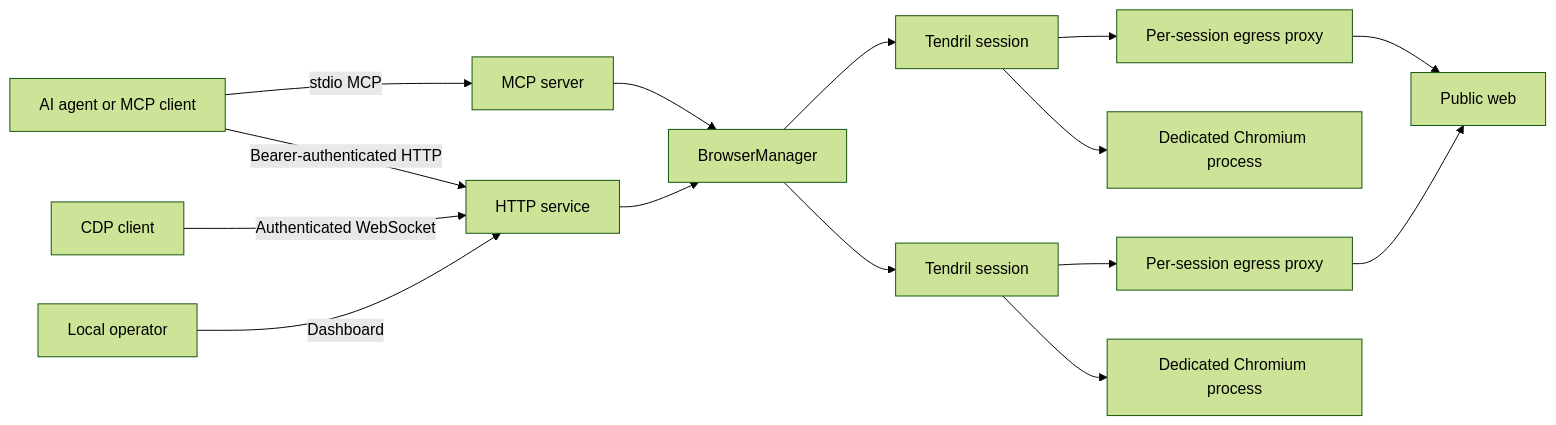
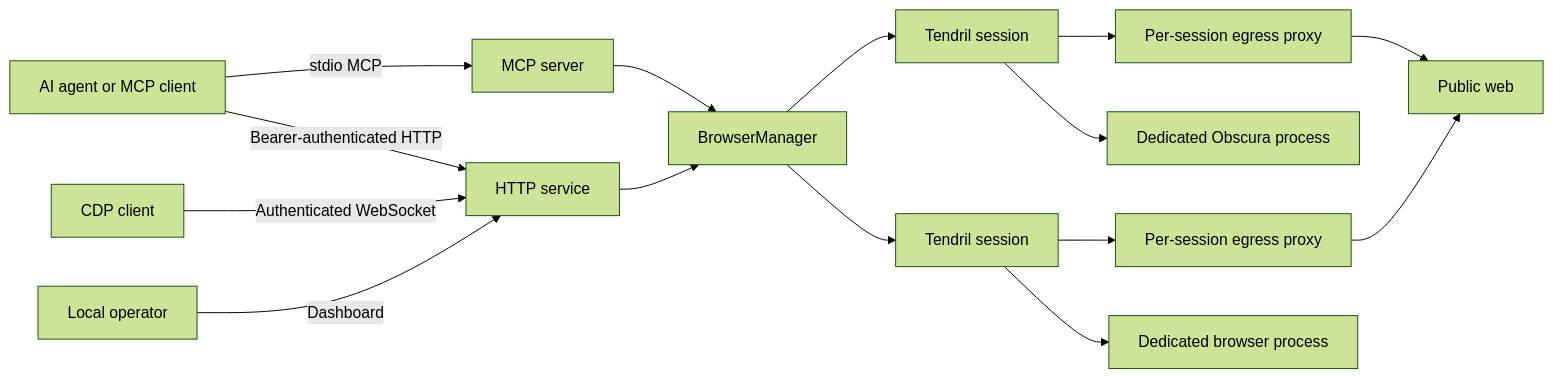
Before and after one commit to gadgethd/Project-Tendril: the diagram in README.md, drawn with Mermaid (forest theme). The commit also changed other lines of this file and 32 other files, not shown here.

Commit message:
Add Obscura as the default browser backend

````diff
--- a/README.md
+++ b/README.md
@@ -99,20 +100,20 @@
 ```mermaid
 flowchart LR
     A[AI agent or MCP client] -->|stdio MCP| M[MCP server]
     A -->|Bearer-authenticated HTTP| H[HTTP service]
     C[CDP client] -->|Authenticated WebSocket| H
     U[Local operator] -->|Dashboard| H
 
     M --> B[BrowserManager]
     H --> B
     B --> S1[Tendril session]
     B --> S2[Tendril session]
 
     S1 --> P1[Per-session egress proxy]
-    S1 --> R1[Dedicated Chromium process]
+    S1 --> R1[Dedicated Obscura process]
     S2 --> P2[Per-session egress proxy]
-    S2 --> R2[Dedicated Chromium process]
+    S2 --> R2[Dedicated browser process]
 
     P1 --> W[Public web]
     P2 --> W
 ```
````
